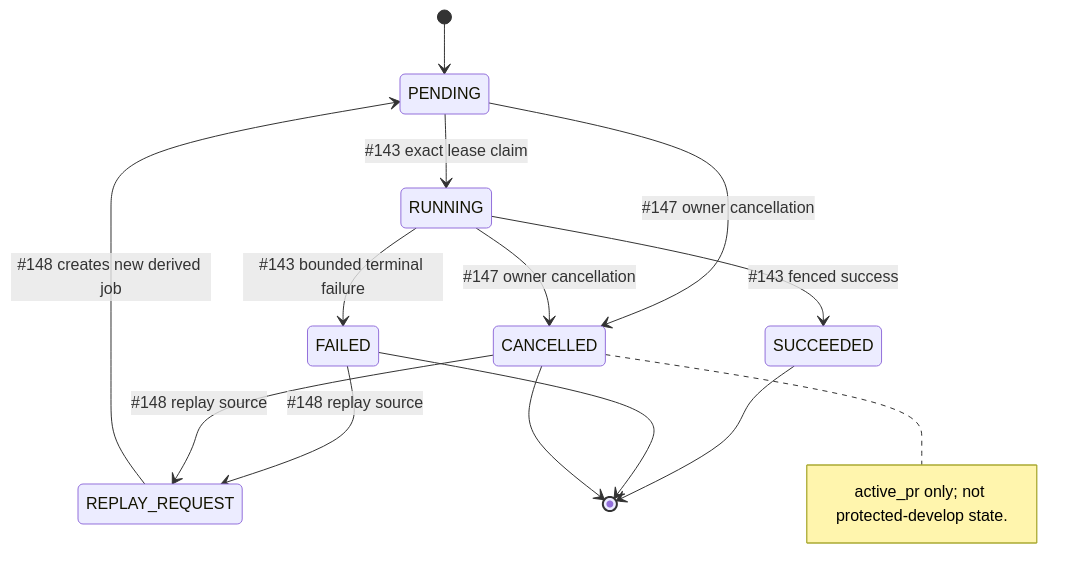
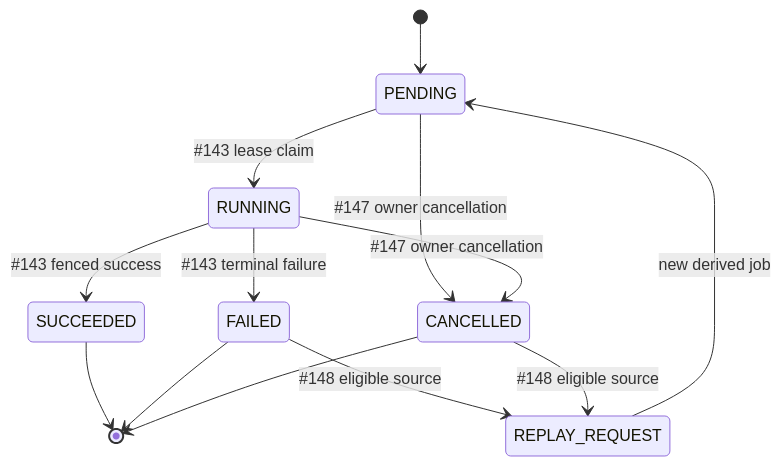
The fifth of 16 diagrams in docs/UML.md (ContextualWisdomLab/mightyETL), drawn with Mermaid before and after one commit. The commit also changed other lines of this file, not shown here.

Commit message:
docs: add identity recovery DLT and release UML

````diff
--- a/docs/UML.md
+++ b/docs/UML.md
@@ -131,19 +121,15 @@
 ```mermaid
 stateDiagram-v2
     [*] --> PENDING
-    PENDING --> RUNNING: #143 exact lease claim
+    PENDING --> RUNNING: #143 lease claim
     RUNNING --> SUCCEEDED: #143 fenced success
-    RUNNING --> FAILED: #143 bounded terminal failure
+    RUNNING --> FAILED: #143 terminal failure
     PENDING --> CANCELLED: #147 owner cancellation
     RUNNING --> CANCELLED: #147 owner cancellation
-    FAILED --> REPLAY_REQUEST: #148 replay source
-    CANCELLED --> REPLAY_REQUEST: #148 replay source
-    REPLAY_REQUEST --> PENDING: #148 creates new derived job
+    FAILED --> REPLAY_REQUEST: #148 eligible source
+    CANCELLED --> REPLAY_REQUEST: #148 eligible source
+    REPLAY_REQUEST --> PENDING: new derived job
     SUCCEEDED --> [*]
     FAILED --> [*]
     CANCELLED --> [*]
-
-    note right of CANCELLED
-      active_pr only; not protected-develop state.
-    end note
 ```
````
